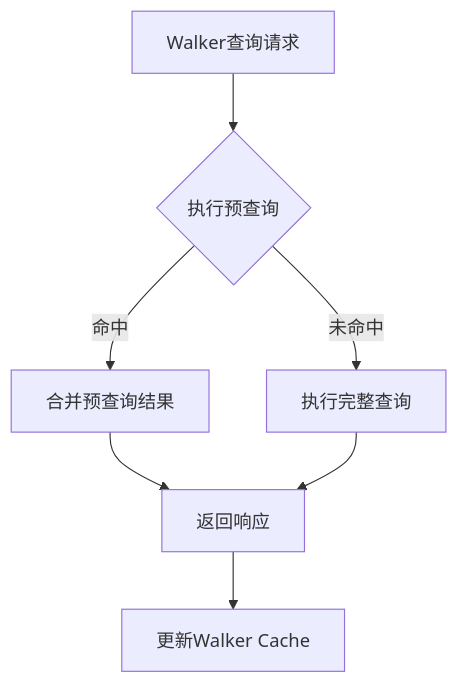
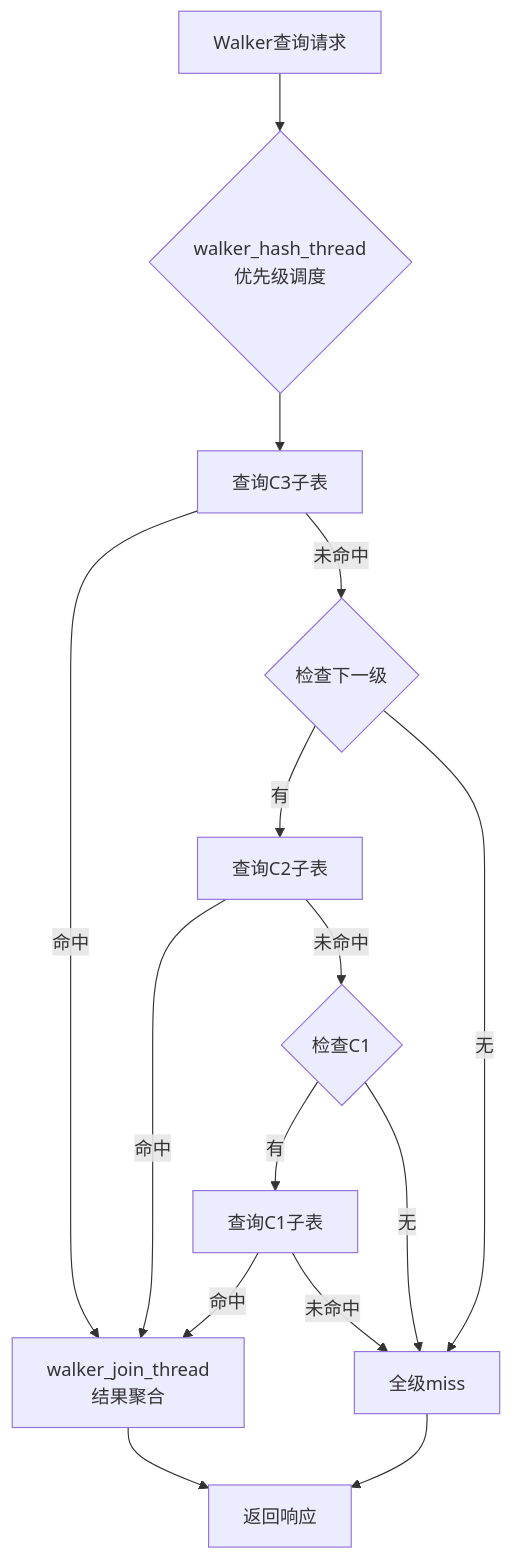
One commit to jiangjiang1122/iommu_model_20260401_v1 changed the third of 11 diagrams in .qoder/repowiki/zh/content/缓存系统/缓存子系统概览.md. Above: the diagram before and after it, drawn with Mermaid. The commit also changed other lines of this file and 159 other files, not shown here.

Commit message:
chore: 更新知识库文档 + 新增PTW并发分析图表与数据文件

````diff
--- a/.qoder/repowiki/zh/content/缓存系统/缓存子系统概览.md
+++ b/.qoder/repowiki/zh/content/缓存系统/缓存子系统概览.md
@@ -201,9 +219,17 @@
 ```mermaid
 flowchart TD
-WalkerReq["Walker查询请求"] --> PreQuery{"执行预查询"}
-PreQuery --> |命中| MergeResult["合并预查询结果"]
-PreQuery --> |未命中| FullQuery["执行完整查询"]
-MergeResult --> Resp["返回响应"]
-FullQuery --> Resp
-Resp --> UpdateCache["更新Walker Cache"]
+WalkerReq["Walker查询请求"] --> HashThread{"walker_hash_thread<br/>优先级调度"}
+HashThread --> C3Query["查询C3子表"]
+C3Query --> |命中| JoinThread["walker_join_thread<br/>结果聚合"]
+C3Query --> |未命中| NextLevel{"检查下一级"}
+NextLevel --> |有| C2Query["查询C2子表"]
+NextLevel --> |无| Miss["全级miss"]
+C2Query --> |命中| JoinThread
+C2Query --> |未命中| CheckC1{"检查C1"}
+CheckC1 --> |有| C1Query["查询C1子表"]
+CheckC1 --> |无| Miss
+C1Query --> |命中| JoinThread
+C1Query --> |未命中| Miss
+JoinThread --> Response["返回响应"]
+Miss --> Response
 ```
````
